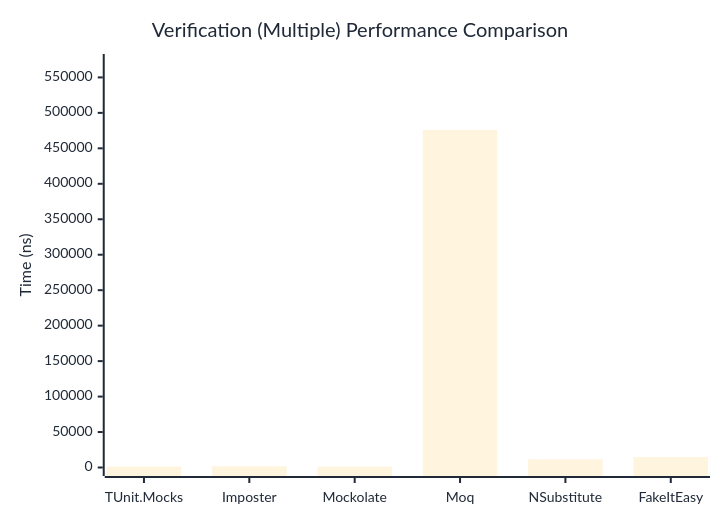
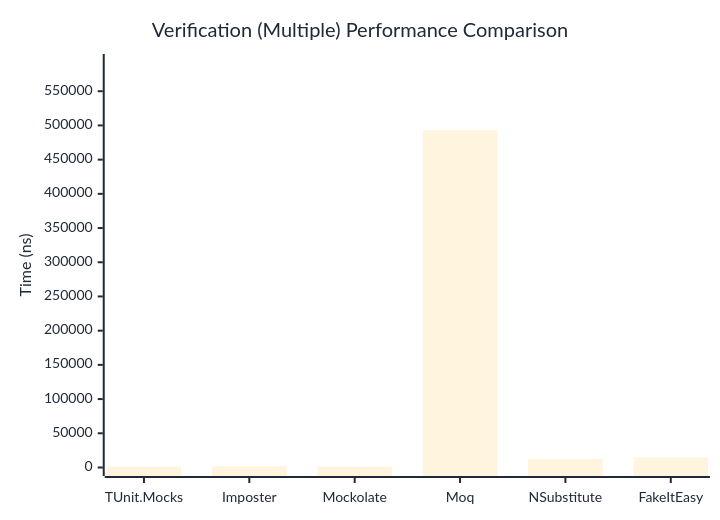
Before and after one commit to thomhurst/TUnit: the third of 3 diagrams in docs/docs/benchmarks/mocks/Verification.md, drawn with Mermaid. The commit also changed other lines of this file and 14 other files, not shown here.

````diff
--- a/docs/docs/benchmarks/mocks/Verification.md
+++ b/docs/docs/benchmarks/mocks/Verification.md
@@ -112,27 +112,27 @@
 ```mermaid
 %%{init: {
   'theme':'base',
   'themeVariables': {
     'primaryColor': '#2563eb',
     'primaryTextColor': '#1f2937',
     'primaryBorderColor': '#1e40af',
     'lineColor': '#6b7280',
     'secondaryColor': '#7c3aed',
     'tertiaryColor': '#dc2626',
     'background': '#ffffff',
     'pie1': '#2563eb',
     'pie2': '#7c3aed',
     'pie3': '#dc2626',
     'pie4': '#f59e0b',
     'pie5': '#10b981',
     'pie6': '#06b6d4',
     'pie7': '#ec4899',
     'pie8': '#6366f1'
   }
 }}%%
 xychart-beta
   title "Verification (Multiple) Performance Comparison"
   x-axis ["TUnit.Mocks", "Imposter", "Mockolate", "Moq", "NSubstitute", "FakeItEasy"]
-  y-axis "Time (ns)" 0 --> 571025
-  bar [1285.93, 1771.68, 1091.72, 475853.7, 11446.96, 14762.29]
+  y-axis "Time (ns)" 0 --> 591973
+  bar [1400.46, 2061.75, 1281.35, 493310.44, 12357.22, 14597.11]
 ```
````
